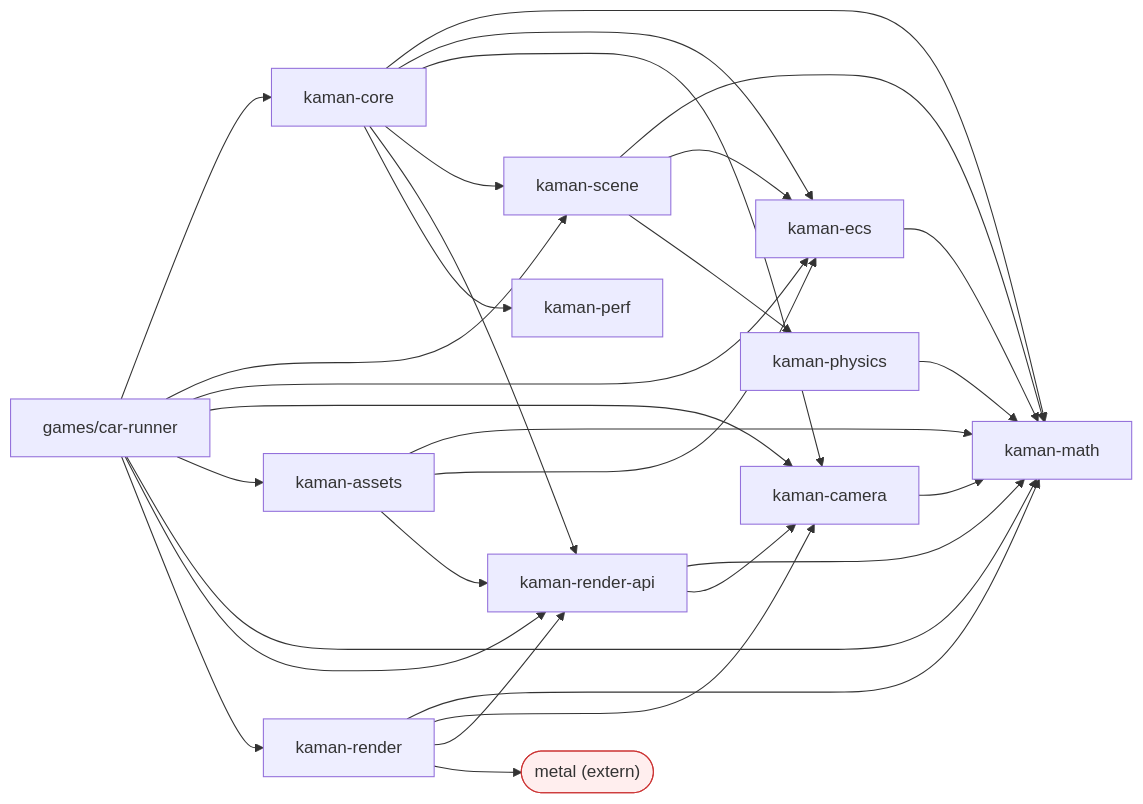
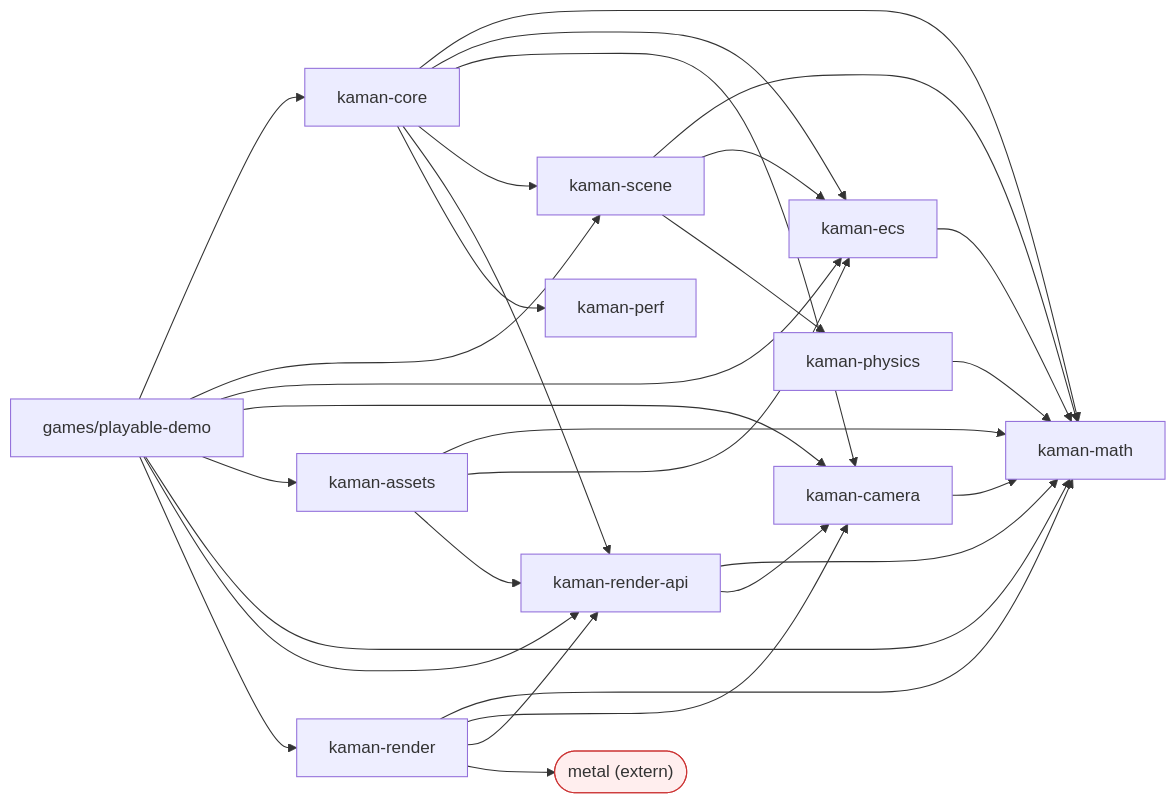
One commit to parsabee/KamanEngine changed the second of 10 diagrams in docs/DESIGN.md. Above: the diagram before and after it, drawn with Mermaid. The commit also changed other lines of this file and 16 other files, not shown here.

First line of the commit message:
KE-0701: rename the demo game car-runner -> playable-demo

````diff
--- a/docs/DESIGN.md
+++ b/docs/DESIGN.md
@@ -71,30 +71,30 @@
 ```mermaid
 graph LR
     math["kaman-math"]
     perf["kaman-perf"]
     ecs["kaman-ecs"]
     camera["kaman-camera"]
     physics["kaman-physics"]
     renderapi["kaman-render-api"]
     scene["kaman-scene"]
     assets["kaman-assets"]
     render["kaman-render"]
     core["kaman-core"]
-    game["games/car-runner"]
+    game["games/playable-demo"]
     metal(["metal (extern)"])
 
     ecs --> math
     camera --> math
     physics --> math
     renderapi --> math & camera
     scene --> math & ecs & physics
     assets --> math & ecs & renderapi
     render --> math & camera & renderapi & metal
     core --> math & ecs & camera & scene & renderapi & perf
     game --> core & scene & ecs & camera & assets & math & renderapi & render
 
     classDef ext fill:#fee,stroke:#c33;
     class metal ext;
     classDef below fill:#eef;
     class render below;
 ```
````
